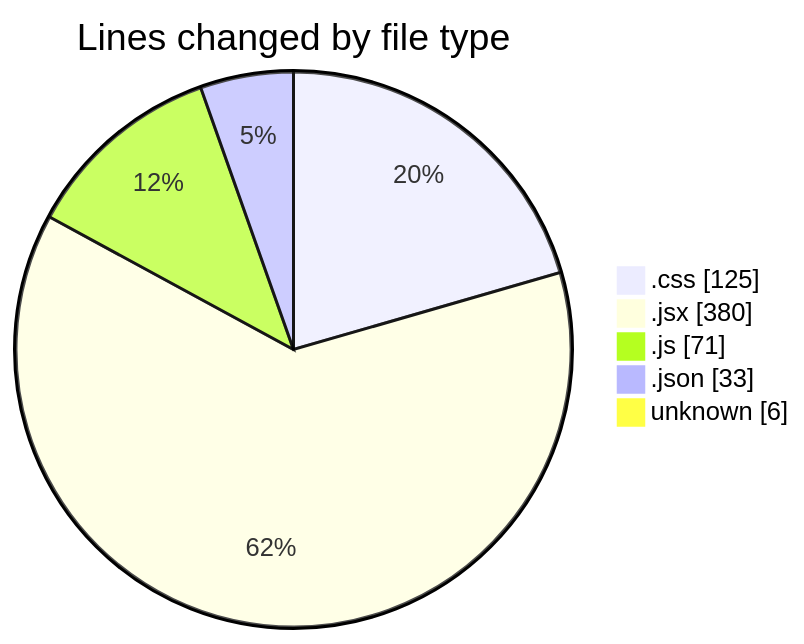
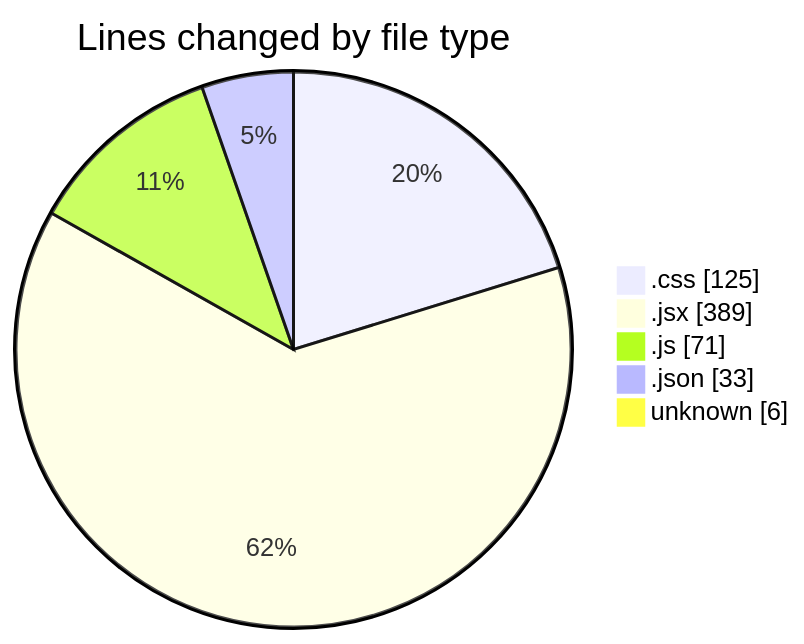
Before and after one commit to Elitesun/code-tracking: the first of 2 diagrams in 2025-02-14/elitegpt/README.md, drawn with Mermaid. The commit also changed other lines of this file and 1 other file, not shown here.

````diff
--- a/2025-02-14/elitegpt/README.md
+++ b/2025-02-14/elitegpt/README.md
@@ -32,9 +32,9 @@
 ```mermaid
 pie showData
 title Lines changed by file type
 ".css" : 125
-".jsx" : 380
+".jsx" : 389
 ".js" : 71
 ".json" : 33
 "unknown" : 6
 ```
````
